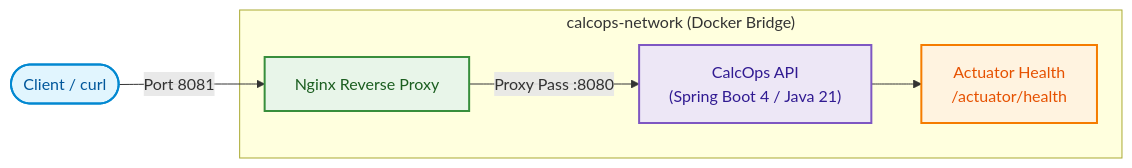
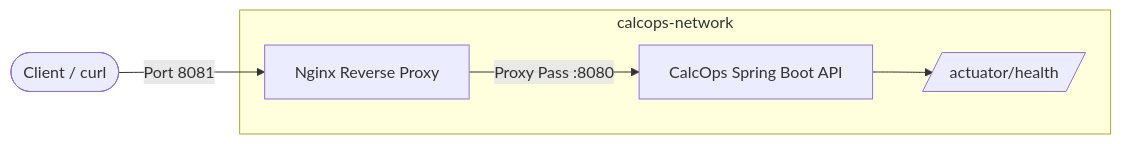
One commit to sidnovates/CalcOps changed the diagram in README.md. Above: the diagram before and after it, drawn with Mermaid.

Commit message:
Fixed readme issue

````diff
--- a/README.md
+++ b/README.md
@@ -15,14 +15,9 @@
 ```mermaid
 flowchart LR
-    classDef client fill:#e1f5fe,stroke:#0288d1,stroke-width:2px,color:#01579b;
-    classDef proxy fill:#e8f5e9,stroke:#388e3c,stroke-width:2px,color:#1b5e20;
-    classDef app fill:#ede7f6,stroke:#7e57c2,stroke-width:2px,color:#311b92;
-    classDef health fill:#fff3e0,stroke:#f57c00,stroke-width:2px,color:#e65100;
+    Client([Client / curl]) -->|Port 8081| Nginx[Nginx Reverse Proxy]
 
-    Client([Client / curl]):::client -->|Port 8081| Nginx[Nginx Reverse Proxy]:::proxy
-
-    subgraph Net ["calcops-network (Docker Bridge)"]
-        Nginx -->|Proxy Pass :8080| CalcOps["CalcOps API<br/>(Spring Boot 4 / Java 21)"]:::app
-        CalcOps --> Actuator["Actuator Health<br/>/actuator/health"]:::health
+    subgraph DockerNetwork [calcops-network]
+        Nginx -->|Proxy Pass :8080| CalcOps[CalcOps Spring Boot API]
+        CalcOps --> Actuator[/actuator/health/]
     end
 ```
````
